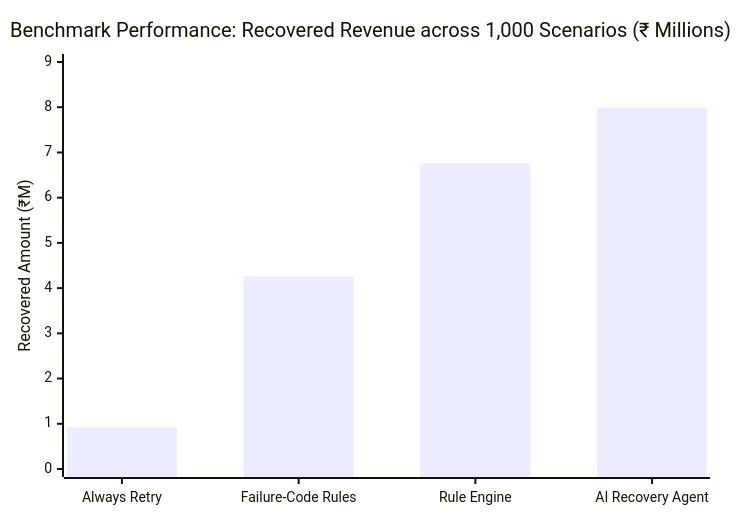
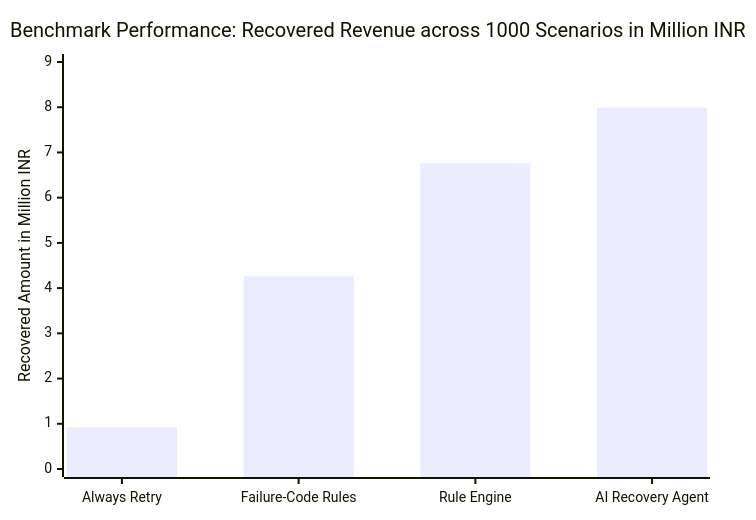
The first of 2 diagrams in README.md (TwilightDawn7/AI-Revenue-Recovery-Agent), drawn with Mermaid before and after one commit. The commit also changed 5 other files, not shown here.

Commit message:
fix(docs): resolve Mermaid syntax and parser compatibility issues in architecture and spec diagrams

````diff
--- a/README.md
+++ b/README.md
@@ -32,7 +32,7 @@
 ```mermaid
 xychart-beta
-    title "Benchmark Performance: Recovered Revenue across 1,000 Scenarios (₹ Millions)"
+    title "Benchmark Performance: Recovered Revenue across 1000 Scenarios in Million INR"
     x-axis ["Always Retry", "Failure-Code Rules", "Rule Engine", "AI Recovery Agent"]
-    y-axis "Recovered Amount (₹M)" 0 --> 9
+    y-axis "Recovered Amount in Million INR" 0 --> 9
     bar [0.92, 4.26, 6.76, 7.99]
 ```
````
